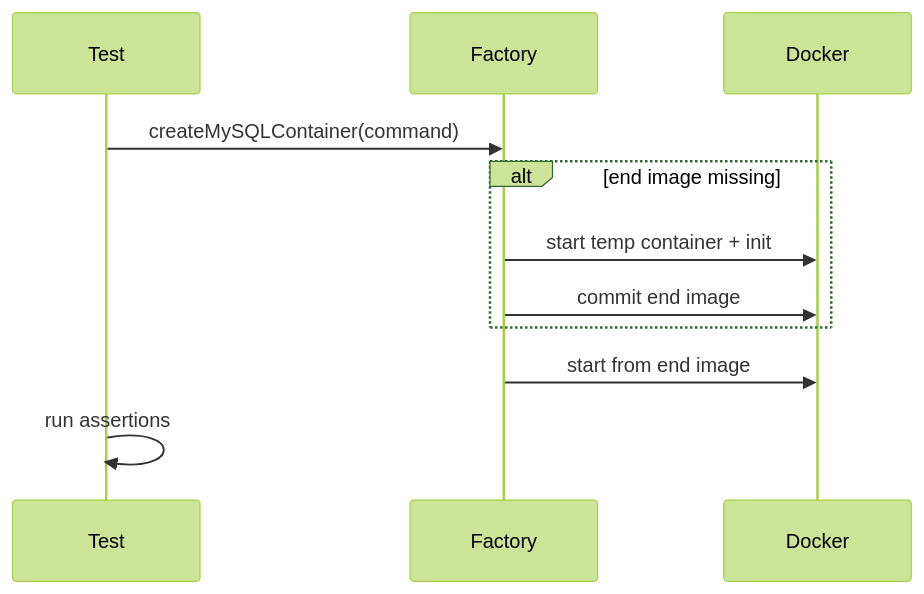
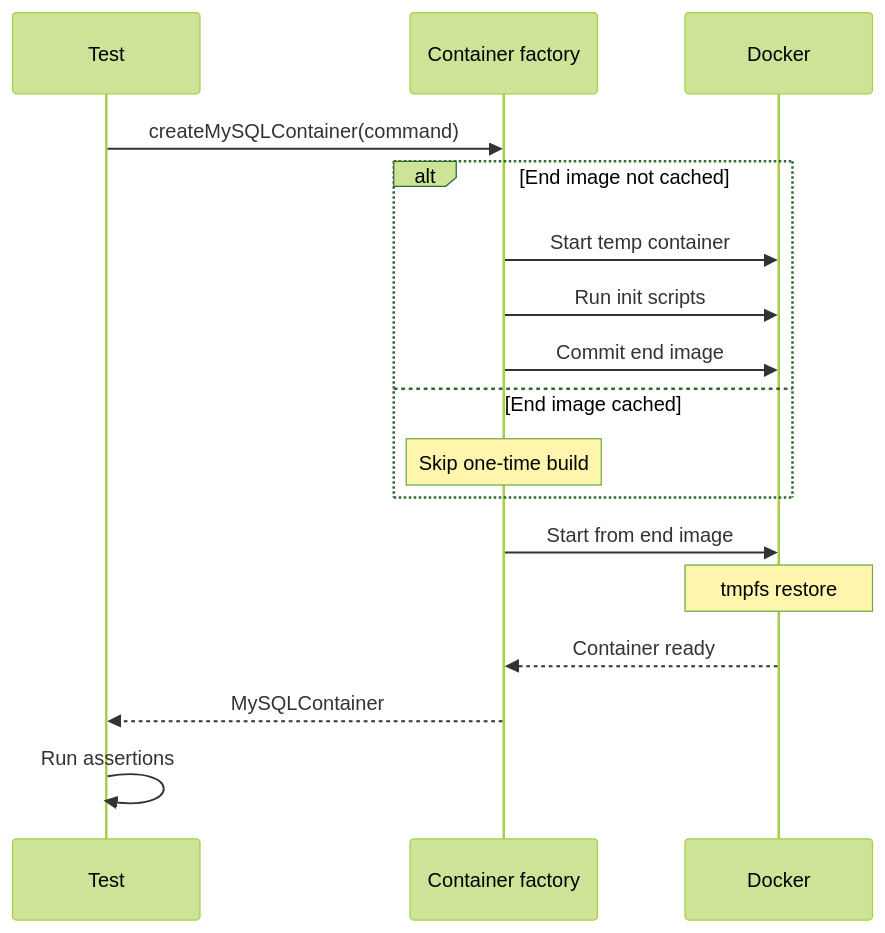
Before and after one commit to sviatoslav1989/preinit-testcontainers: the first of 2 diagrams in README.md, drawn with Mermaid (forest theme). The commit also changed other lines of this file and 1 other file, not shown here.

````diff
--- a/README.md
+++ b/README.md
@@ -36,13 +40,22 @@
 ```mermaid
 sequenceDiagram
     participant Test
-    participant Factory
+    participant Factory as Container factory
     participant Docker
+
     Test->>Factory: createMySQLContainer(command)
-    alt end image missing
-        Factory->>Docker: start temp container + init
-        Factory->>Docker: commit end image
+
+    alt End image not cached
+        Factory->>Docker: Start temp container
+        Factory->>Docker: Run init scripts
+        Factory->>Docker: Commit end image
+    else End image cached
+        Note over Factory: Skip one-time build
     end
-    Factory->>Docker: start from end image
-    Test->>Test: run assertions
+
+    Factory->>Docker: Start from end image
+    Note over Docker: tmpfs restore
+    Docker-->>Factory: Container ready
+    Factory-->>Test: MySQLContainer
+    Test->>Test: Run assertions
 ```
````
